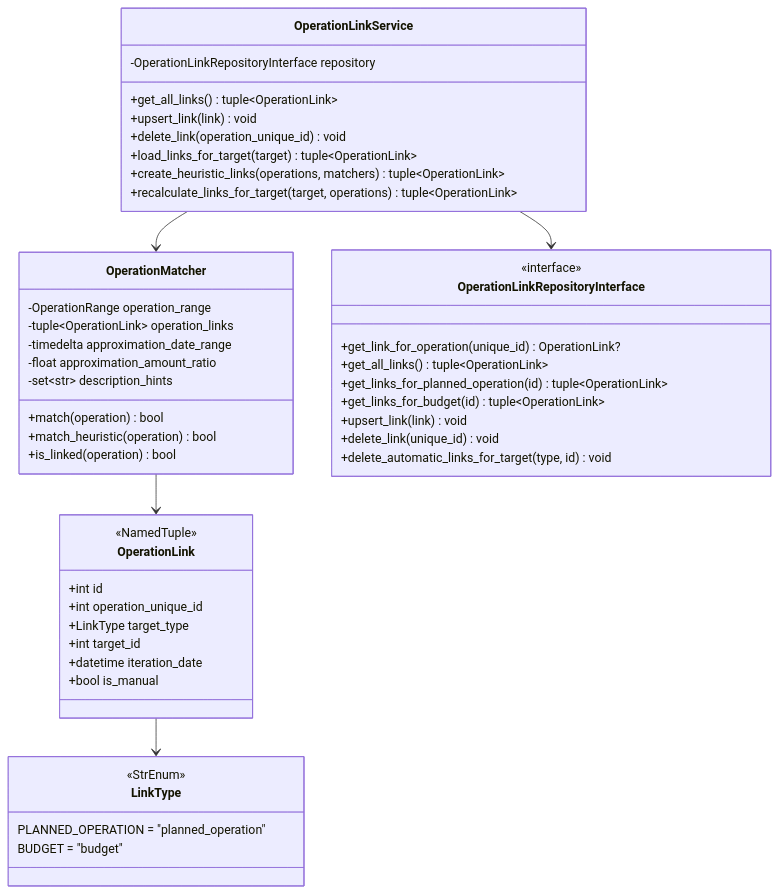
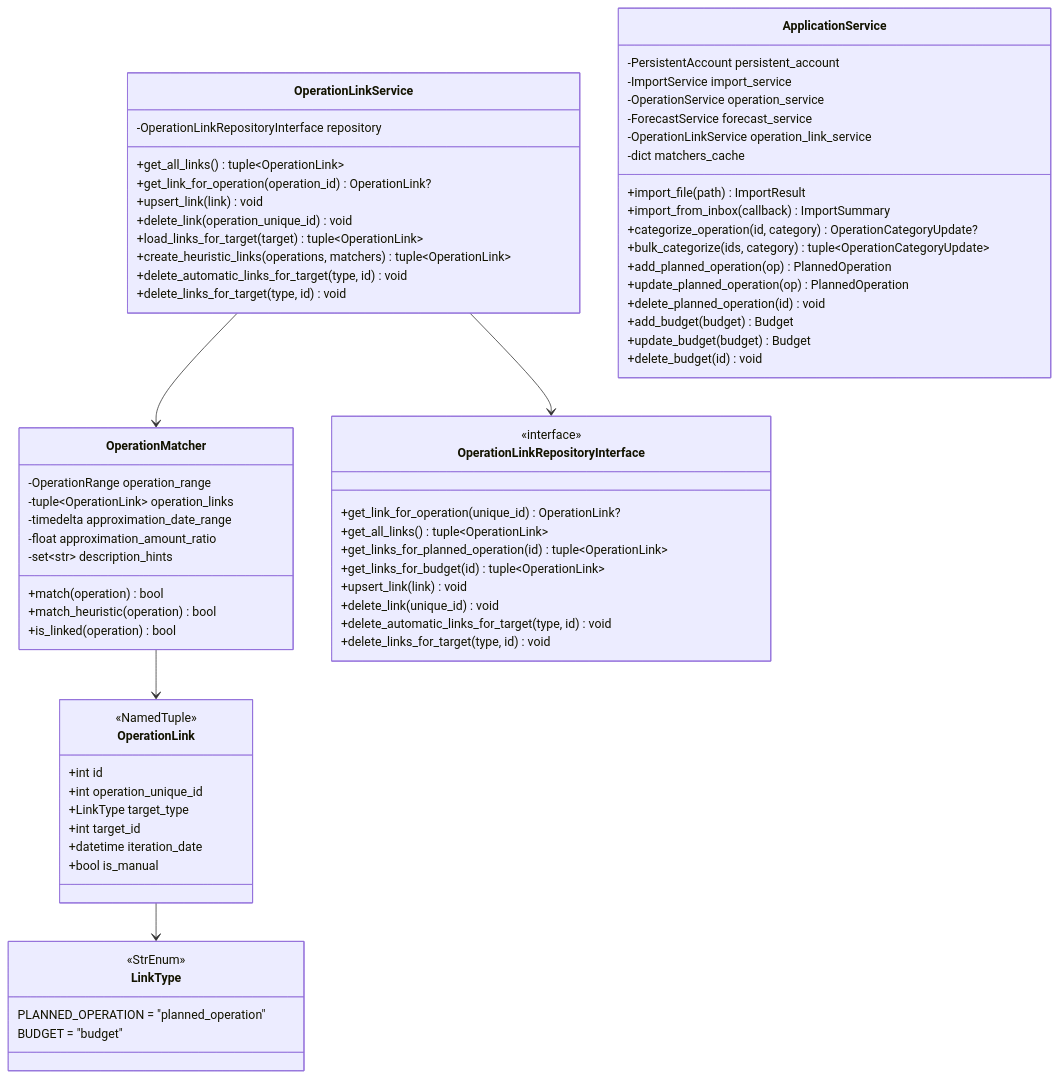
Before and after one commit to corentin-core/budget-forecaster: the second of 8 diagrams in docs/dev/operation-links.md, drawn with Mermaid. The commit also changed other lines of this file and 30 other files, not shown here.

First line of the commit message:
feat: introduce ApplicationService as central orchestrator (#71)

````diff
--- a/docs/dev/operation-links.md
+++ b/docs/dev/operation-links.md
@@ -63,55 +74,77 @@
 ```mermaid
 classDiagram
     class LinkType {
         <<StrEnum>>
         PLANNED_OPERATION = "planned_operation"
         BUDGET = "budget"
     }
 
     class OperationLink {
         <<NamedTuple>>
         +int id
         +int operation_unique_id
         +LinkType target_type
         +int target_id
         +datetime iteration_date
         +bool is_manual
     }
 
     class OperationMatcher {
         -OperationRange operation_range
         -tuple~OperationLink~ operation_links
         -timedelta approximation_date_range
         -float approximation_amount_ratio
         -set~str~ description_hints
         +match(operation) bool
         +match_heuristic(operation) bool
         +is_linked(operation) bool
     }
 
     class OperationLinkService {
         -OperationLinkRepositoryInterface repository
         +get_all_links() tuple~OperationLink~
+        +get_link_for_operation(operation_id) OperationLink?
         +upsert_link(link) void
         +delete_link(operation_unique_id) void
         +load_links_for_target(target) tuple~OperationLink~
         +create_heuristic_links(operations, matchers) tuple~OperationLink~
-        +recalculate_links_for_target(target, operations) tuple~OperationLink~
+        +delete_automatic_links_for_target(type, id) void
+        +delete_links_for_target(type, id) void
+    }
+
+    class ApplicationService {
+        -PersistentAccount persistent_account
+        -ImportService import_service
+        -OperationService operation_service
+        -ForecastService forecast_service
+        -OperationLinkService operation_link_service
+        -dict matchers_cache
+        +import_file(path) ImportResult
+        +import_from_inbox(callback) ImportSummary
+        +categorize_operation(id, category) OperationCategoryUpdate?
+        +bulk_categorize(ids, category) tuple~OperationCategoryUpdate~
+        +add_planned_operation(op) PlannedOperation
+        +update_planned_operation(op) PlannedOperation
+        +delete_planned_operation(id) void
+        +add_budget(budget) Budget
+        +update_budget(budget) Budget
+        +delete_budget(id) void
     }
 
     class OperationLinkRepositoryInterface {
         <<interface>>
         +get_link_for_operation(unique_id) OperationLink?
         +get_all_links() tuple~OperationLink~
         +get_links_for_planned_operation(id) tuple~OperationLink~
         +get_links_for_budget(id) tuple~OperationLink~
         +upsert_link(link) void
         +delete_link(unique_id) void
         +delete_automatic_links_for_target(type, id) void
+        +delete_links_for_target(type, id) void
     }
 
     OperationLink --> LinkType
     OperationMatcher --> OperationLink
     OperationLinkService --> OperationLinkRepositoryInterface
     OperationLinkService --> OperationMatcher
 ```
````
